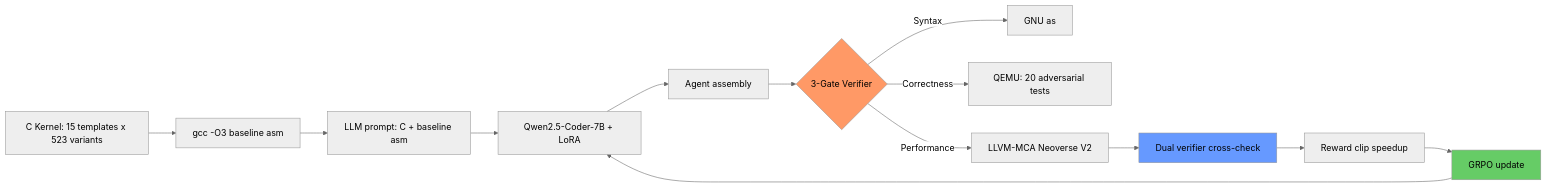
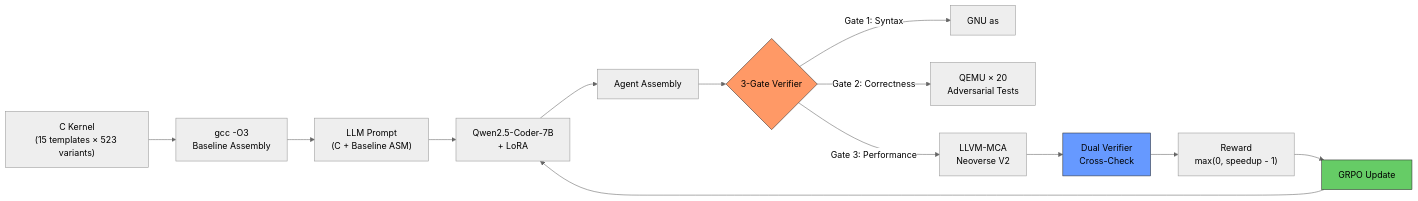
Before and after one commit to ka-ori/arm-gym: the first of 2 diagrams in blog.md, drawn with Mermaid (neutral theme). The commit also changed other lines of this file and 1 other file, not shown here.

Commit message:
docs: restore flowchart LR layout with br breaks and full Mermaid styles
Match readable multi-line diagram source; README keeps reward/GRPO labels from design table.

Made-with: Cursor

````diff
--- a/blog.md
+++ b/blog.md
@@ -100,18 +100,23 @@
 ```mermaid
-graph LR
-    A["C Kernel: 15 templates x 523 variants"] --> B["gcc -O3 baseline asm"]
-    B --> C["LLM prompt: C + baseline asm"]
-    C --> D["Qwen2.5-Coder-7B + LoRA"]
-    D --> E["Agent assembly"]
+flowchart LR
+    A["C Kernel<br/>(15 templates × 523 variants)"]
+        --> B["gcc -O3<br/>Baseline Assembly"]
+    B --> C["LLM Prompt<br/>(C + Baseline ASM)"]
+    C --> D["Qwen2.5-Coder-7B<br/>+ LoRA"]
+    D --> E["Agent Assembly"]
+
     E --> F{"3-Gate Verifier"}
-    F -->|Syntax| G["GNU as"]
-    F -->|Correctness| H["QEMU: 20 adversarial tests"]
-    F -->|Performance| I["LLVM-MCA Neoverse V2"]
-    I --> J["Dual verifier cross-check"]
-    J --> K["Reward clip speedup"]
-    K --> L["GRPO update"]
+
+    F -->|"Gate 1: Syntax"| G["GNU as"]
+    F -->|"Gate 2: Correctness"| H["QEMU × 20<br/>Adversarial Tests"]
+    F -->|"Gate 3: Performance"| I["LLVM-MCA<br/>Neoverse V2"]
+
+    I --> J["Dual Verifier<br/>Cross-Check"]
+    J --> K["Reward<br/>max(0, speedup - 1)"]
+    K --> L["GRPO Update"]
     L --> D
-    style F fill:#ff9966
-    style J fill:#6699ff
-    style L fill:#66cc66
+
+    style F fill:#f96,stroke:#333,color:#000
+    style J fill:#69f,stroke:#333,color:#000
+    style L fill:#6c6,stroke:#333,color:#000
 ```
````
